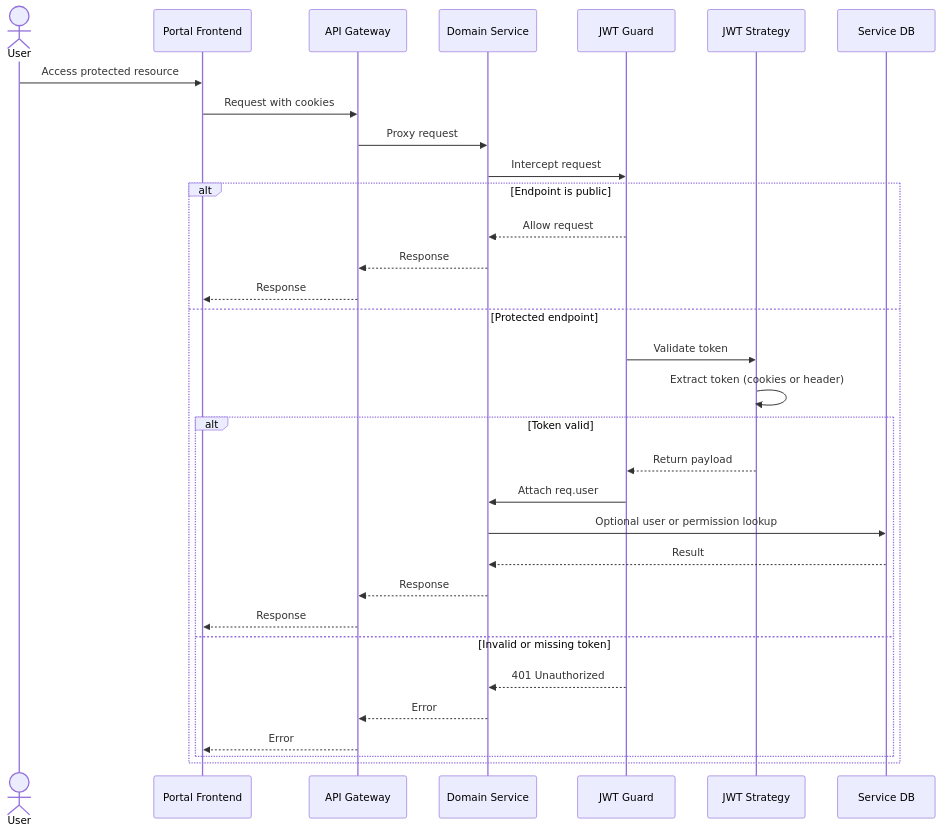
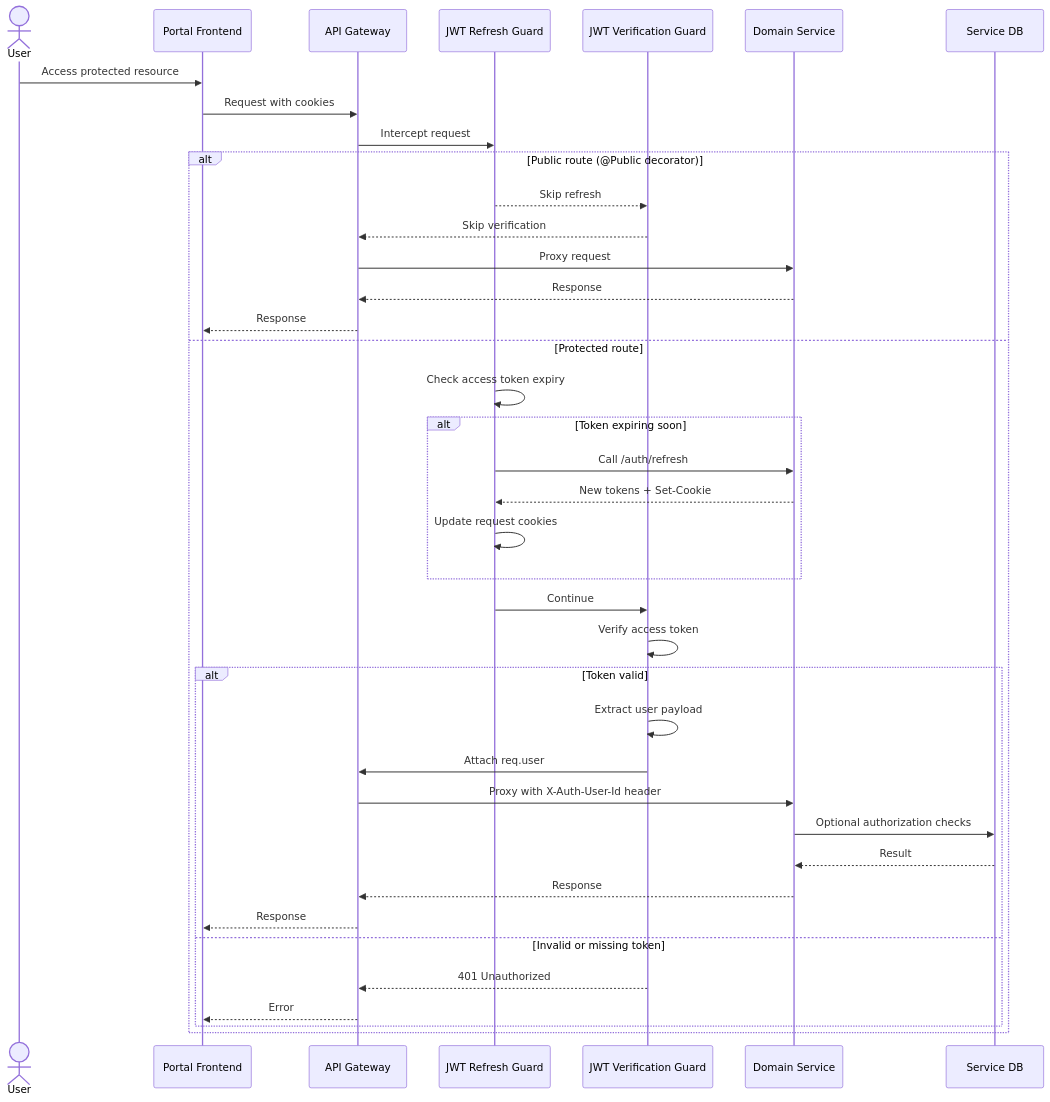
The third of 4 diagrams in docs/authentication_architecture.md (aoda-zhang/PawHaven-FullStack-React-NodeJS), drawn with Mermaid before and after one commit. The commit also changed other lines of this file and 11 other files, not shown here.

Commit message:
refactor(auth): remove old JWT middleware and implement guards for token refresh and verification

````diff
--- a/docs/authentication_architecture.md
+++ b/docs/authentication_architecture.md
@@ -113,36 +113,43 @@
 ```mermaid
 sequenceDiagram
     actor User
     participant Portal as Portal Frontend
     participant Gateway as API Gateway
+    participant RefreshGuard as JWT Refresh Guard
+    participant VerifyGuard as JWT Verification Guard
     participant Service as Domain Service
-    participant JWTGuard as JWT Guard
-    participant JWTStrategy as JWT Strategy
     participant ServiceDB as Service DB
 
     User->>Portal: Access protected resource
     Portal->>Gateway: Request with cookies
-    Gateway->>Service: Proxy request
+    Gateway->>RefreshGuard: Intercept request
 
-    Service->>JWTGuard: Intercept request
-    alt Endpoint is public
-        JWTGuard-->>Service: Allow request
+    alt Public route (@Public decorator)
+        RefreshGuard-->>VerifyGuard: Skip refresh
+        VerifyGuard-->>Gateway: Skip verification
+        Gateway->>Service: Proxy request
         Service-->>Gateway: Response
         Gateway-->>Portal: Response
-    else Protected endpoint
-        JWTGuard->>JWTStrategy: Validate token
-        JWTStrategy->>JWTStrategy: Extract token (cookies or header)
+    else Protected route
+        RefreshGuard->>RefreshGuard: Check access token expiry
+        alt Token expiring soon
+            RefreshGuard->>Service: Call /auth/refresh
+            Service-->>RefreshGuard: New tokens + Set-Cookie
+            RefreshGuard->>RefreshGuard: Update request cookies
+        end
+        RefreshGuard->>VerifyGuard: Continue
+        VerifyGuard->>VerifyGuard: Verify access token
         alt Token valid
-            JWTStrategy-->>JWTGuard: Return payload
-            JWTGuard->>Service: Attach req.user
-            Service->>ServiceDB: Optional user or permission lookup
+            VerifyGuard->>VerifyGuard: Extract user payload
+            VerifyGuard->>Gateway: Attach req.user
+            Gateway->>Service: Proxy with X-Auth-User-Id header
+            Service->>ServiceDB: Optional authorization checks
             ServiceDB-->>Service: Result
             Service-->>Gateway: Response
             Gateway-->>Portal: Response
         else Invalid or missing token
-            JWTGuard-->>Service: 401 Unauthorized
-            Service-->>Gateway: Error
+            VerifyGuard-->>Gateway: 401 Unauthorized
             Gateway-->>Portal: Error
         end
     end
 ```
````
